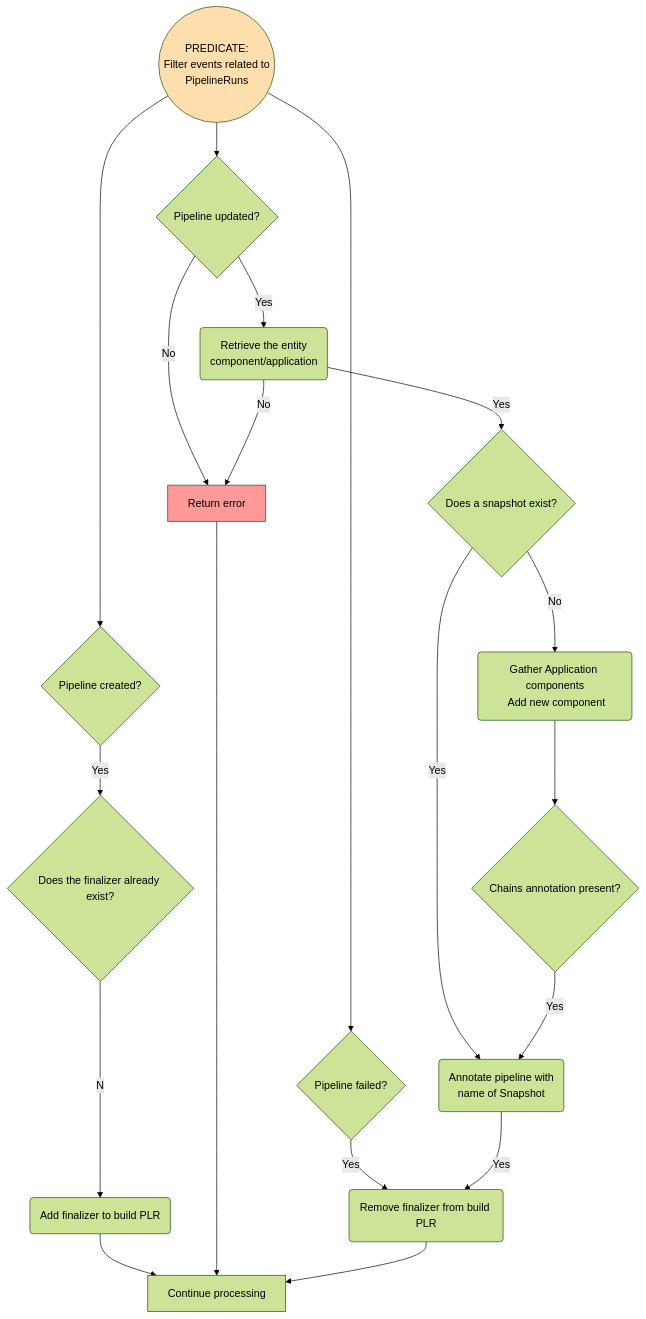
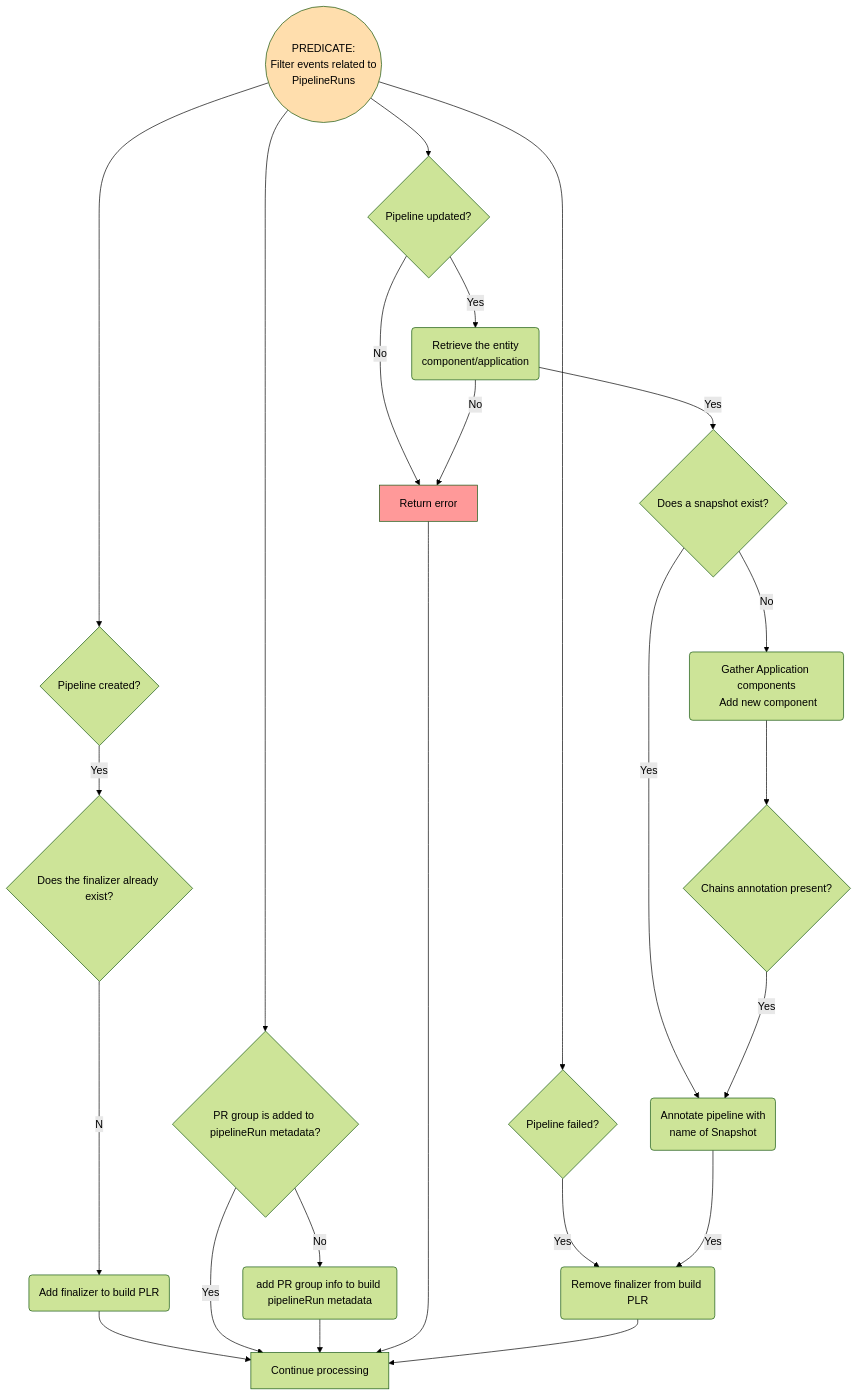
The diagram in docs/build_pipeline_controller.md (konflux-ci/integration-service), drawn with Mermaid before and after one commit. The commit also changed 6 other files, not shown here.

First line of the commit message:
feat(STONEINTG-997): save build PLR info to PLR metadata

````diff
--- a/docs/build_pipeline_controller.md
+++ b/docs/build_pipeline_controller.md
@@ -3,50 +3,56 @@
 ```mermaid
 
 %%{init: {'theme':'forest'}}%%
 flowchart TD
 %% Defining the styles
   classDef Red fill:#FF9999;
   classDef Amber fill:#FFDEAD;
   classDef Green fill:#BDFFA4;
 
   %% Node definitions
 predicate((PREDICATE: <br> Filter events related to <br> PipelineRuns))
 new_pipeline_run{Pipeline created?}
+new_pipeline_run_without_prgroup{PR group is added to pipelineRun metadata?}
 get_pipeline_run{Pipeline updated?}
 failed_pipeline_run{Pipeline failed?}
 finalizer_exists{Does the finalizer already exist?}
 retrieve_associated_entity(Retrieve the entity <br> component/application)
 determine_snapshot{Does a snapshot exist?}
 prep_snapshot(Gather Application components<br> Add new component)
 check_chains{Chains annotation present?}
 annotate_pipelineRun(Annotate pipeline with <br> name of Snapshot)
 add_finalizer(Add finalizer to build PLR)
 remove_finalizer(Remove finalizer from build PLR)
 error[Return error]
 continue[Continue processing]
+update_metadata(add PR group info to build pipelineRun metadata)
 
 %% Node connections
 predicate                        --> get_pipeline_run
 predicate                       -->  new_pipeline_run
+predicate                       -->  new_pipeline_run_without_prgroup
 predicate                       -->  failed_pipeline_run
 new_pipeline_run           --Yes-->  finalizer_exists
 finalizer_exists           --No-->   add_finalizer
 add_finalizer                    --> continue
 failed_pipeline_run        --Yes --> remove_finalizer
+new_pipeline_run_without_prgroup --No  --> update_metadata
+new_pipeline_run_without_prgroup --Yes  --> continue
+update_metadata                    --> continue
 get_pipeline_run           --Yes --> retrieve_associated_entity
 get_pipeline_run           --No  --> error
 retrieve_associated_entity --No  --> error
 error                            --> continue
 retrieve_associated_entity --Yes --> determine_snapshot
 determine_snapshot         --Yes --> annotate_pipelineRun
 determine_snapshot         --No  --> prep_snapshot
 prep_snapshot                    --> check_chains
 check_chains               --Yes --> annotate_pipelineRun
 annotate_pipelineRun       --Yes --> remove_finalizer
 remove_finalizer                 --> continue
 
 %% Assigning styles to nodes
 class predicate Amber;
 class error Red;
 
   ```
````
